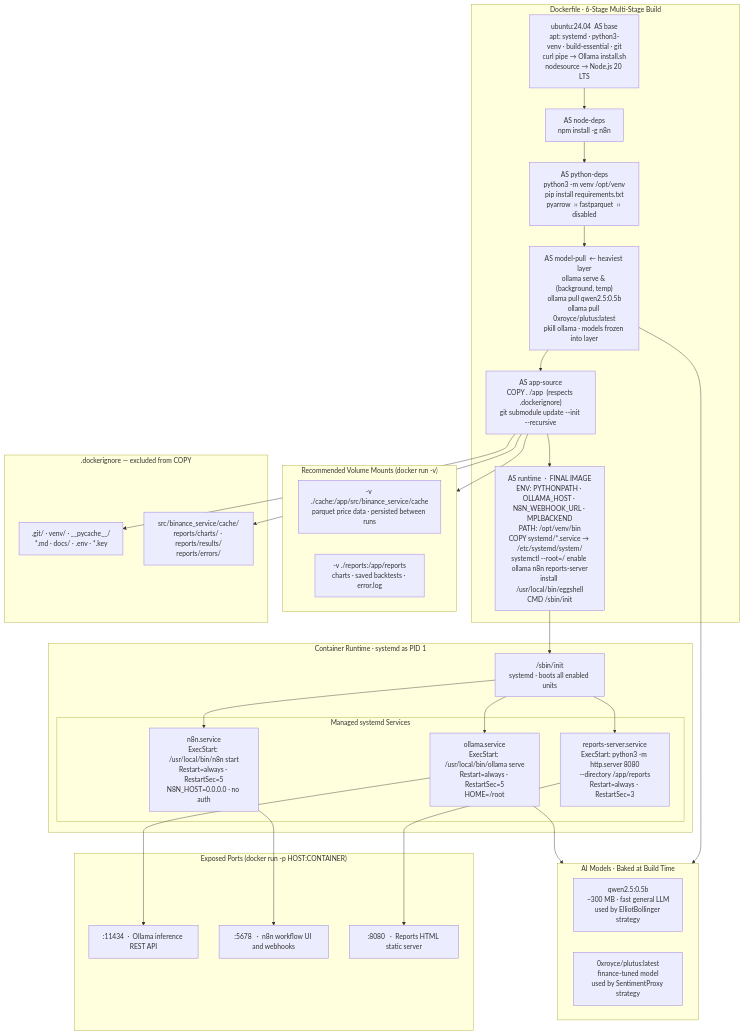
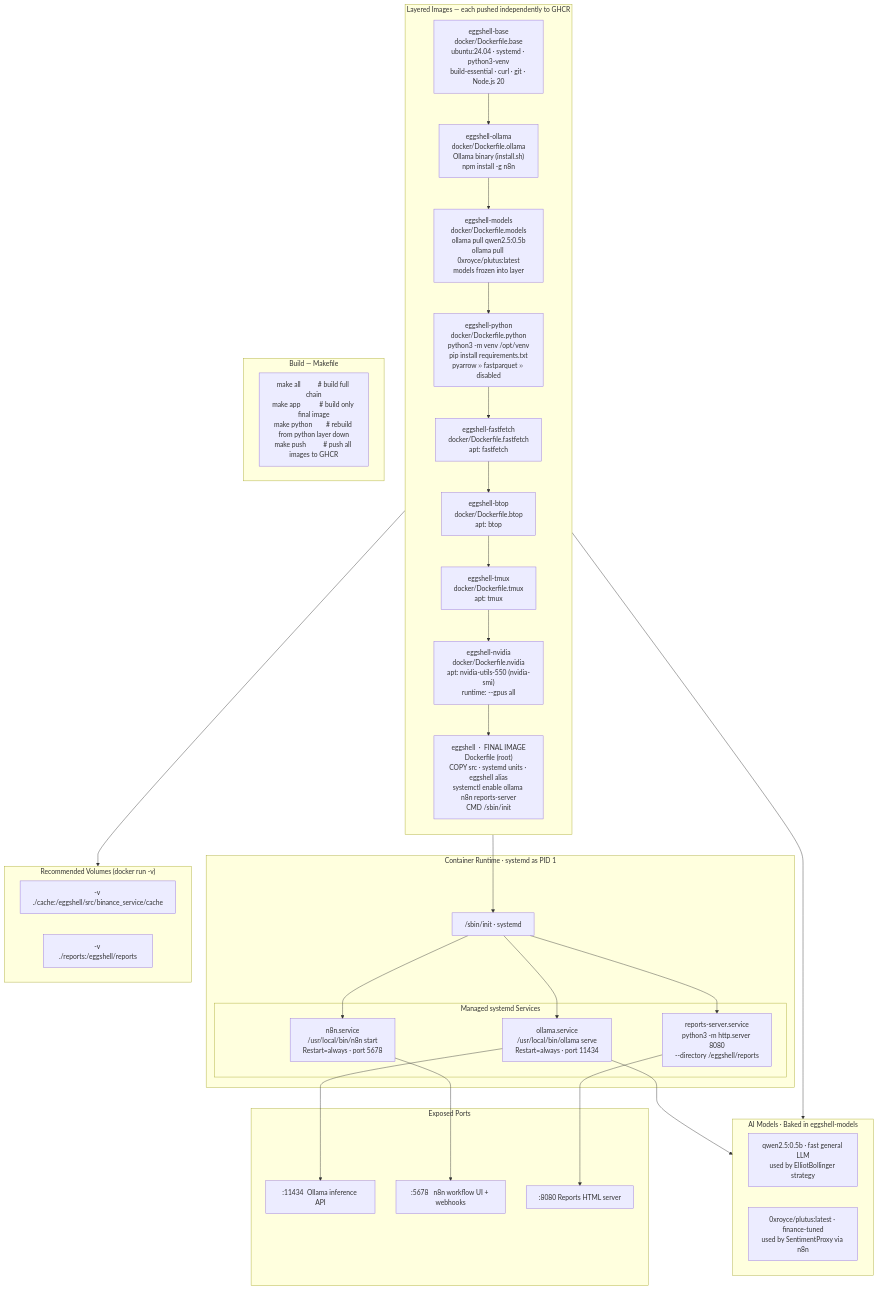
One commit to galgo2077/Eggshell-Backtester changed the diagram in docs/docker.mmd. Above: the diagram before and after it, drawn with Mermaid. The commit also changed 15 other files, not shown here.

```diff
--- a/docs/docker.mmd
+++ b/docs/docker.mmd
@@ -1,58 +1,60 @@
 %% Eggshell Backtester — Docker Architecture
 %% Render at https://mermaid.live
-%% Last updated: 2026-05-21
+%% Last updated: 2026-05-23
 
 flowchart TD
 
-  subgraph BUILD["Dockerfile · 6-Stage Multi-Stage Build"]
-    B1["ubuntu:24.04  AS base<br/>apt: systemd · python3-venv · build-essential · git<br/>curl pipe → Ollama install.sh<br/>nodesource → Node.js 20 LTS"]
-    B2["AS node-deps<br/>npm install -g n8n"]
-    B3["AS python-deps<br/>python3 -m venv /opt/venv<br/>pip install requirements.txt<br/>pyarrow  ›› fastparquet  ›› disabled"]
-    B4["AS model-pull  ← heaviest layer<br/>ollama serve &amp; (background, temp)<br/>ollama pull qwen2.5:0.5b<br/>ollama pull 0xroyce/plutus:latest<br/>pkill ollama · models frozen into layer"]
-    B5["AS app-source<br/>COPY . /app  (respects .dockerignore)<br/>git submodule update --init --recursive"]
-    B6["AS runtime  ·  FINAL IMAGE<br/>ENV: PYTHONPATH · OLLAMA_HOST · N8N_WEBHOOK_URL · MPLBACKEND<br/>PATH: /opt/venv/bin<br/>COPY systemd/*.service → /etc/systemd/system/<br/>systemctl --root=/ enable ollama n8n reports-server<br/>install /usr/local/bin/eggshell<br/>CMD /sbin/init"]
+  subgraph IMAGES["Layered Images — each pushed independently to GHCR"]
+    direction TB
+    L1["eggshell-base<br/>docker/Dockerfile.base<br/>ubuntu:24.04 · systemd · python3-venv<br/>build-essential · curl · git · Node.js 20"]
+    L2["eggshell-ollama<br/>docker/Dockerfile.ollama<br/>Ollama binary (install.sh)<br/>npm install -g n8n"]
+    L3["eggshell-models<br/>docker/Dockerfile.models<br/>ollama pull qwen2.5:0.5b<br/>ollama pull 0xroyce/plutus:latest<br/>models frozen into layer"]
+    L4["eggshell-python<br/>docker/Dockerfile.python<br/>python3 -m venv /opt/venv<br/>pip install requirements.txt<br/>pyarrow ›› fastparquet ›› disabled"]
+    L5["eggshell-fastfetch<br/>docker/Dockerfile.fastfetch<br/>apt: fastfetch"]
+    L6["eggshell-btop<br/>docker/Dockerfile.btop<br/>apt: btop"]
+    L7["eggshell-tmux<br/>docker/Dockerfile.tmux<br/>apt: tmux"]
+    L8["eggshell-nvidia<br/>docker/Dockerfile.nvidia<br/>apt: nvidia-utils-550 (nvidia-smi)<br/>runtime: --gpus all"]
+    L9["eggshell  ·  FINAL IMAGE<br/>Dockerfile (root)<br/>COPY src · systemd units · eggshell alias<br/>systemctl enable ollama n8n reports-server<br/>CMD /sbin/init"]
 
-    B1 --> B2 --> B3 --> B4 --> B5 --> B6
+    L1 --> L2 --> L3 --> L4 --> L5 --> L6 --> L7 --> L8 --> L9
+  end
+
+  subgraph BUILD["Build — Makefile"]
+    MK["make all          # build full chain<br/>make app           # build only final image<br/>make python        # rebuild from python layer down<br/>make push          # push all images to GHCR"]
   end
 
   subgraph RUNTIME["Container Runtime · systemd as PID 1"]
-    INIT["/sbin/init<br/>systemd · boots all enabled units"]
+    INIT["/sbin/init · systemd"]
 
     subgraph SVCS["Managed systemd Services"]
-      OLLS["ollama.service<br/>ExecStart: /usr/local/bin/ollama serve<br/>Restart=always · RestartSec=5<br/>HOME=/root"]
-      N8NS["n8n.service<br/>ExecStart: /usr/local/bin/n8n start<br/>Restart=always · RestartSec=5<br/>N8N_HOST=0.0.0.0 · no auth"]
-      REPS["reports-server.service<br/>ExecStart: python3 -m http.server 8080<br/>--directory /app/reports<br/>Restart=always · RestartSec=3"]
+      OLLS["ollama.service<br/>/usr/local/bin/ollama serve<br/>Restart=always · port 11434"]
+      N8NS["n8n.service<br/>/usr/local/bin/n8n start<br/>Restart=always · port 5678"]
+      REPS["reports-server.service<br/>python3 -m http.server 8080<br/>--directory /eggshell/reports"]
     end
 
     INIT --> OLLS & N8NS & REPS
   end
 
-  subgraph MODELS["AI Models · Baked at Build Time"]
-    QWEN["qwen2.5:0.5b<br/>~300 MB · fast general LLM<br/>used by ElliotBollinger strategy"]
-    PLUT["0xroyce/plutus:latest<br/>finance-tuned model<br/>used by SentimentProxy strategy"]
+  subgraph MODELS["AI Models · Baked in eggshell-models"]
+    QWEN["qwen2.5:0.5b · fast general LLM<br/>used by ElliotBollinger strategy"]
+    PLUT["0xroyce/plutus:latest · finance-tuned<br/>used by SentimentProxy via n8n"]
   end
 
-  subgraph PORTS["Exposed Ports  (docker run -p HOST:CONTAINER)"]
-    P1[":11434  ·  Ollama inference REST API"]
-    P2[":5678   ·  n8n workflow UI and webhooks"]
-    P3[":8080   ·  Reports HTML static server"]
+  subgraph PORTS["Exposed Ports"]
+    P1[":11434  Ollama inference API"]
+    P2[":5678   n8n workflow UI + webhooks"]
+    P3[":8080   Reports HTML server"]
   end
 
-  subgraph VOLS["Recommended Volume Mounts  (docker run -v)"]
-    V1["-v ./cache:/app/src/binance_service/cache<br/>parquet price data · persisted between runs"]
-    V2["-v ./reports:/app/reports<br/>charts · saved backtests · error.log"]
+  subgraph VOLS["Recommended Volumes  (docker run -v)"]
+    V1["-v ./cache:/eggshell/src/binance_service/cache"]
+    V2["-v ./reports:/eggshell/reports"]
   end
 
-  subgraph IGNORE[".dockerignore — excluded from COPY"]
-    IG1[".git/ · venv/ · __pycache__/<br/>*.md · docs/ · .env · *.key"]
-    IG2["src/binance_service/cache/<br/>reports/charts/ · reports/results/<br/>reports/errors/"]
-  end
-
-  B6 --> INIT
-  B4 --> MODELS
+  L9 --> INIT
+  L3 --> MODELS
   OLLS --> MODELS
   OLLS --> P1
   N8NS --> P2
   REPS --> P3
-  B5 --> VOLS
-  B5 --> IG1 & IG2
+  L9 --> VOLS
```
